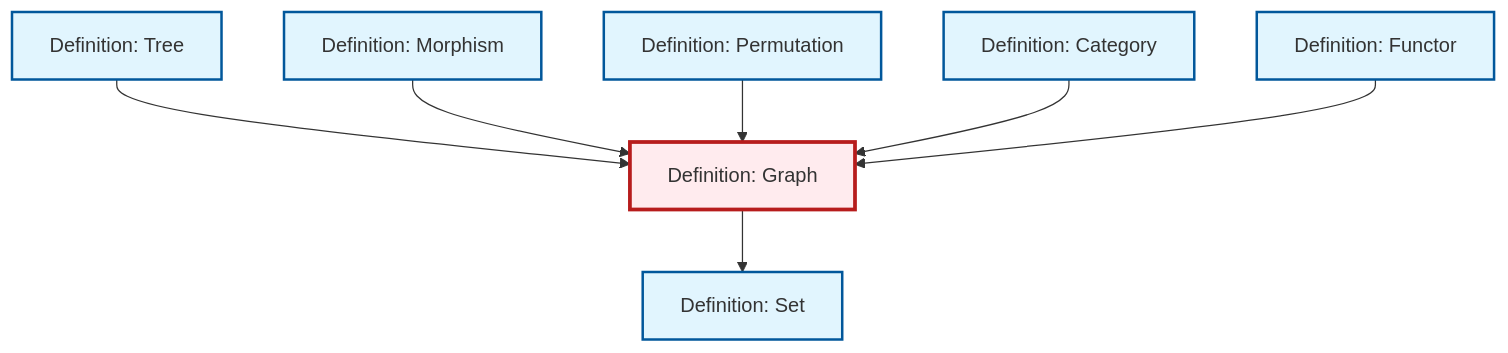
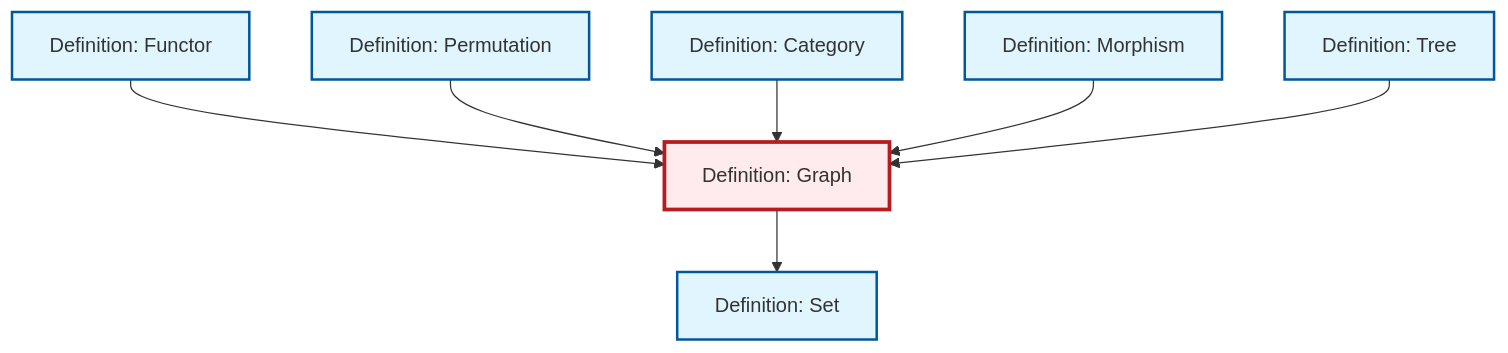
One commit to RK0429/ModernMath changed the diagram in content/ja/combinatorics/def-graph.qmd. Above: the diagram before and after it, drawn with Mermaid. The commit also changed other lines of this file and 474 other files, not shown here.

````diff
--- a/content/ja/combinatorics/def-graph.qmd
+++ b/content/ja/combinatorics/def-graph.qmd
@@ -91,29 +91,29 @@
 ```{mermaid}
 %%| fig-cap: "Local dependency graph"
 graph TD
     classDef definition fill:#e1f5fe,stroke:#01579b,stroke-width:2px
     classDef theorem fill:#f3e5f5,stroke:#4a148c,stroke-width:2px
     classDef axiom fill:#fff3e0,stroke:#e65100,stroke-width:2px
     classDef example fill:#e8f5e9,stroke:#1b5e20,stroke-width:2px
     classDef current fill:#ffebee,stroke:#b71c1c,stroke-width:3px
     def-set["Definition: Set"]:::definition
+    def-functor["Definition: Functor"]:::definition
+    def-permutation["Definition: Permutation"]:::definition
+    def-graph["Definition: Graph"]:::definition
+    def-category["Definition: Category"]:::definition
+    def-tree["Definition: Tree"]:::definition
     def-morphism["Definition: Morphism"]:::definition
-    def-category["Definition: Category"]:::definition
-    def-graph["Definition: Graph"]:::definition
-    def-permutation["Definition: Permutation"]:::definition
-    def-functor["Definition: Functor"]:::definition
-    def-tree["Definition: Tree"]:::definition
-    def-tree --> def-graph
-    def-morphism --> def-graph
-    def-graph --> def-set
+    def-functor --> def-graph
     def-permutation --> def-graph
     def-category --> def-graph
-    def-functor --> def-graph
+    def-morphism --> def-graph
+    def-tree --> def-graph
+    def-graph --> def-set
     class def-graph current
     click def-set "def-set.html" "Definition: Setへ"
+    click def-functor "def-functor.html" "Definition: Functorへ"
+    click def-permutation "def-permutation.html" "Definition: Permutationへ"
+    click def-category "def-category.html" "Definition: Categoryへ"
+    click def-tree "def-tree.html" "Definition: Treeへ"
     click def-morphism "def-morphism.html" "Definition: Morphismへ"
-    click def-category "def-category.html" "Definition: Categoryへ"
-    click def-permutation "def-permutation.html" "Definition: Permutationへ"
-    click def-functor "def-functor.html" "Definition: Functorへ"
-    click def-tree "def-tree.html" "Definition: Treeへ"
 ```
````
